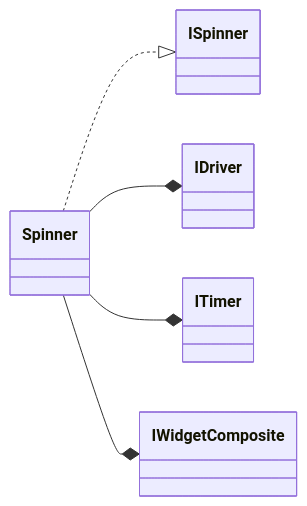
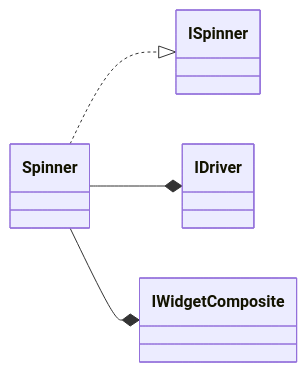
One commit to alecrabbit/php-console-spinner changed the first of 2 diagrams in doc/info/hierarchy/spinner.md. Above: the diagram before and after it, drawn with Mermaid. The commit also changed other lines of this file and 1 other file, not shown here.

````diff
--- a/doc/info/hierarchy/spinner.md
+++ b/doc/info/hierarchy/spinner.md
@@ -3,8 +3,7 @@
 ```mermaid
 classDiagram
 direction LR
 Spinner ..|> ISpinner
 Spinner --* IDriver
-Spinner --* ITimer
 Spinner --* IWidgetComposite
 ```
````
